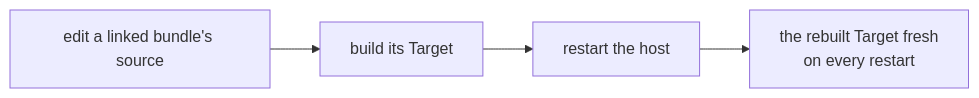
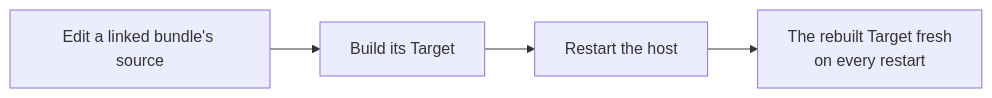
The diagram in Source/Content/Mermaid/setup-dev-loop.mmd (PlayForm/Site-DeepSeek), drawn with Mermaid before and after one commit. The commit also changed 221 other files, not shown here.

```diff
--- a/Source/Content/Mermaid/setup-dev-loop.mmd
+++ b/Source/Content/Mermaid/setup-dev-loop.mmd
@@ -1,4 +1,4 @@
 flowchart LR
-	EDIT["edit a linked bundle's source"] --> BUILD["build its Target"]
-	BUILD --> RESTART["restart the host"]
-	RESTART --> FRESH["the rebuilt Target fresh<br/>on every restart"]
+	EDIT["Edit a linked bundle's source"] --> BUILD["Build its Target"]
+	BUILD --> RESTART["Restart the host"]
+	RESTART --> FRESH["The rebuilt Target fresh<br/>on every restart"]
```
